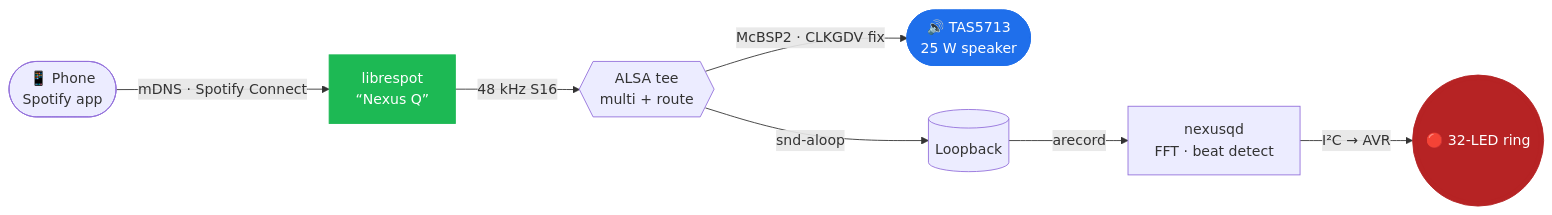
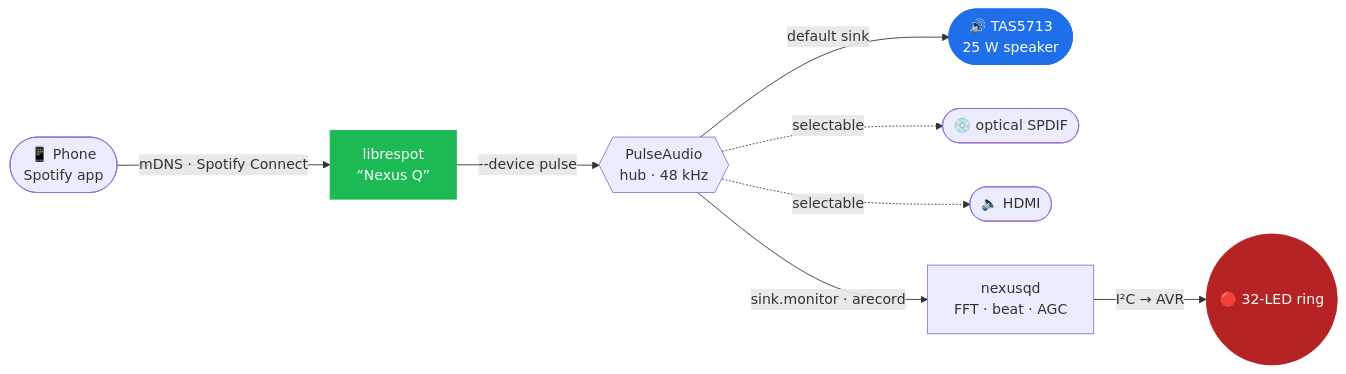
Before and after one commit to petronijus/nexusQ-reloaded: the diagram in README.md, drawn with Mermaid. The commit also changed other lines of this file and 43 other files, not shown here.

First line of the commit message:
feat(audio): PA-centric multi-input audio + app output selection; ethernet default; SPDIF/McBSP2 bring-up

````diff
--- a/README.md
+++ b/README.md
@@ -71,13 +72,14 @@
 ```mermaid
 flowchart LR
     P([📱 Phone<br/>Spotify app]) -->|mDNS · Spotify Connect| L[librespot<br/>“Nexus Q”]
-    L -->|48 kHz S16| T{{ALSA tee<br/>multi + route}}
-    T -->|McBSP2 · CLKGDV fix| S([🔊 TAS5713<br/>25 W speaker])
-    T -->|snd-aloop| LB[(Loopback)]
-    LB -->|arecord| N[nexusqd<br/>FFT · beat detect]
+    L -->|--device pulse| PA{{PulseAudio<br/>hub · 48 kHz}}
+    PA -->|default sink| S([🔊 TAS5713<br/>25 W speaker])
+    PA -.->|selectable| SP([💿 optical SPDIF])
+    PA -.->|selectable| HD([🔈 HDMI])
+    PA -->|sink.monitor · arecord| N[nexusqd<br/>FFT · beat · AGC]
     N -->|I²C → AVR| R(((🔴 32-LED ring)))
 
     style S fill:#1f6feb,stroke:#1f6feb,color:#fff
     style R fill:#b62324,stroke:#b62324,color:#fff
     style L fill:#1db954,stroke:#1db954,color:#fff
 ```
````
